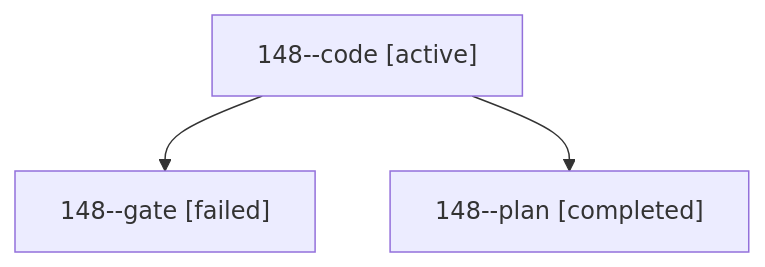
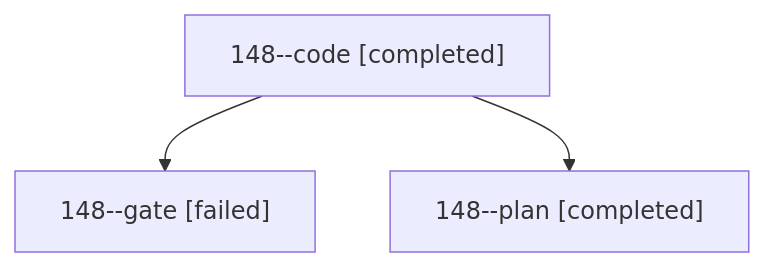
One commit to sase-org/sase--agents changed the diagram in sessions/bbugyi200.athena.148.md. Above: the diagram before and after it, drawn with Mermaid. The commit also changed other lines of this file and 21 other files, not shown here.

````diff
--- a/sessions/bbugyi200.athena.148.md
+++ b/sessions/bbugyi200.athena.148.md
@@ -9,8 +9,8 @@
 ```mermaid
 flowchart TD
-  n0["148--code [active]"]
+  n0["148--code [completed]"]
   n1["148--gate [failed]"]
   n0 --> n1
   n2["148--plan [completed]"]
   n0 --> n2
 ```
````
